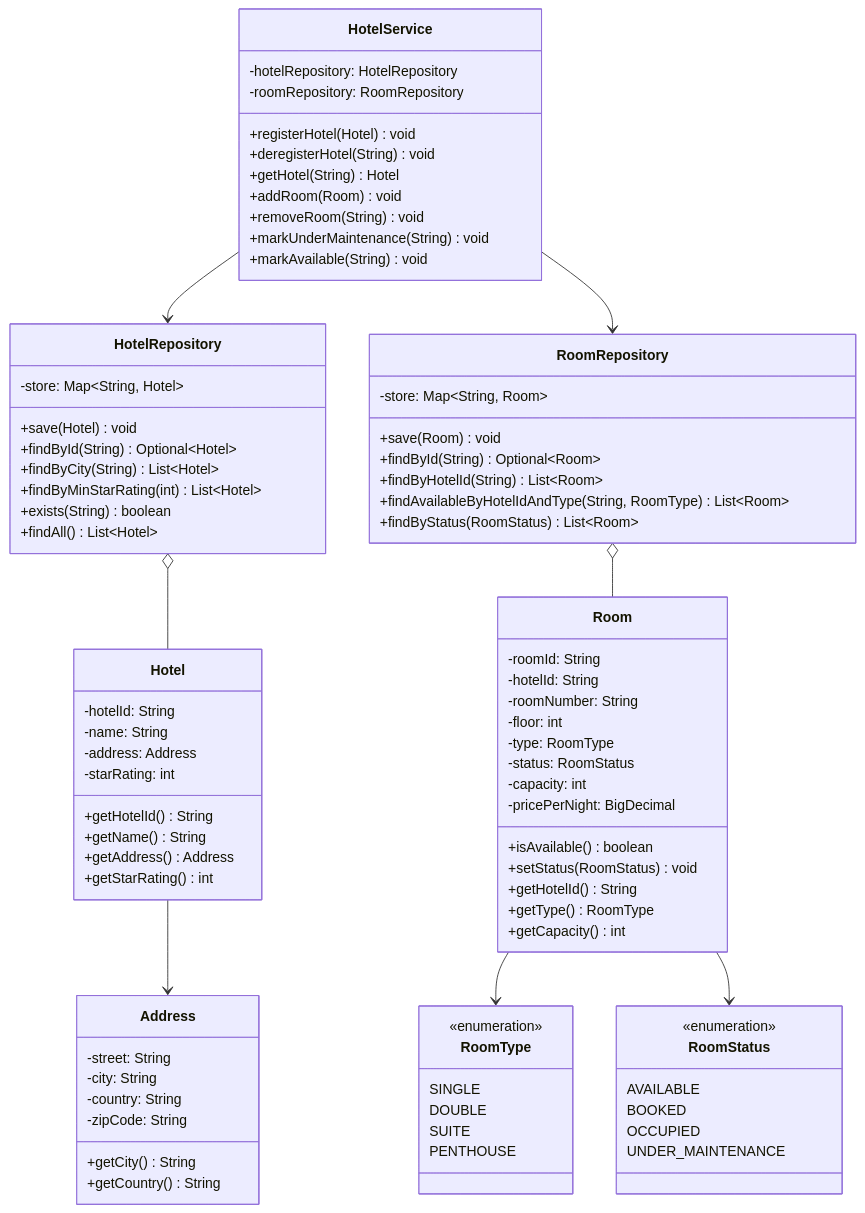
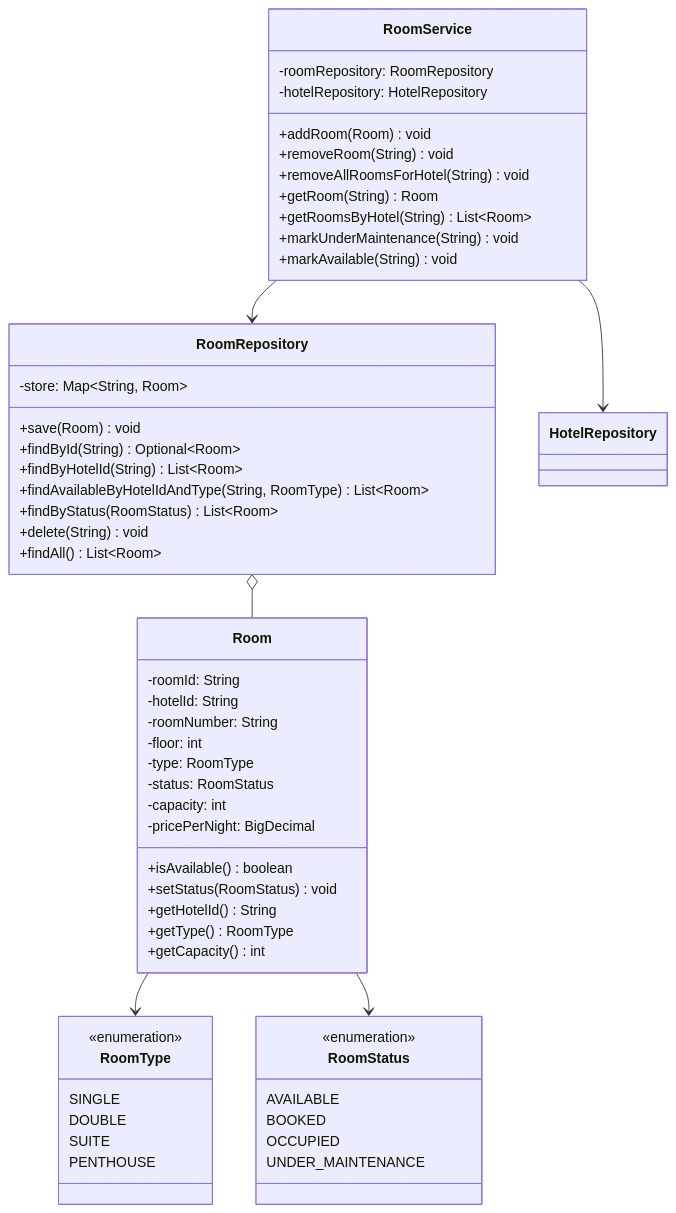
Before and after one commit to Arnavjain1703/LLD: the second of 9 diagrams in HotelManagement/HMS_Class_Diagrams.md, drawn with Mermaid. The commit also changed other lines of this file, not shown here.

````diff
--- a/HotelManagement/HMS_Class_Diagrams.md
+++ b/HotelManagement/HMS_Class_Diagrams.md
@@ -11,25 +67,5 @@
 ```mermaid
 classDiagram
-    class Hotel {
-        -hotelId: String
-        -name: String
-        -address: Address
-        -starRating: int
-        +getHotelId() String
-        +getName() String
-        +getAddress() Address
-        +getStarRating() int
-    }
-
-    class Address {
-        -street: String
-        -city: String
-        -country: String
-        -zipCode: String
-        +getCity() String
-        +getCountry() String
-    }
-
     class Room {
         -roomId: String
         -hotelId: String
@@ -62,16 +98,6 @@
         UNDER_MAINTENANCE
     }
 
-    class HotelRepository {
-        -store: Map~String, Hotel~
-        +save(Hotel) void
-        +findById(String) Optional~Hotel~
-        +findByCity(String) List~Hotel~
-        +findByMinStarRating(int) List~Hotel~
-        +exists(String) boolean
-        +findAll() List~Hotel~
-    }
-
     class RoomRepository {
         -store: Map~String, Room~
         +save(Room) void
@@ -79,28 +105,25 @@
         +findByHotelId(String) List~Room~
         +findAvailableByHotelIdAndType(String, RoomType) List~Room~
         +findByStatus(RoomStatus) List~Room~
+        +delete(String) void
+        +findAll() List~Room~
     }
 
-    class HotelService {
+    class RoomService {
+        -roomRepository: RoomRepository
         -hotelRepository: HotelRepository
-        -roomRepository: RoomRepository
-        +registerHotel(Hotel) void
-        +deregisterHotel(String) void
-        +getHotel(String) Hotel
         +addRoom(Room) void
         +removeRoom(String) void
+        +removeAllRoomsForHotel(String) void
+        +getRoom(String) Room
+        +getRoomsByHotel(String) List~Room~
         +markUnderMaintenance(String) void
         +markAvailable(String) void
     }
 
-    %% NOTE: getHotelsByCity and getAvailableRooms are NOT here.
-    %% They are discovery operations — they live in SearchService.
-
-    Hotel       --> Address
-    Room        --> RoomType
-    Room        --> RoomStatus
-    HotelService --> HotelRepository
-    HotelService --> RoomRepository
-    HotelRepository o-- Hotel
-    RoomRepository  o-- Room
+    Room            -->  RoomType
+    Room            -->  RoomStatus
+    RoomRepository  o--  Room
+    RoomService     -->  RoomRepository
+    RoomService     -->  HotelRepository
 ```
````
